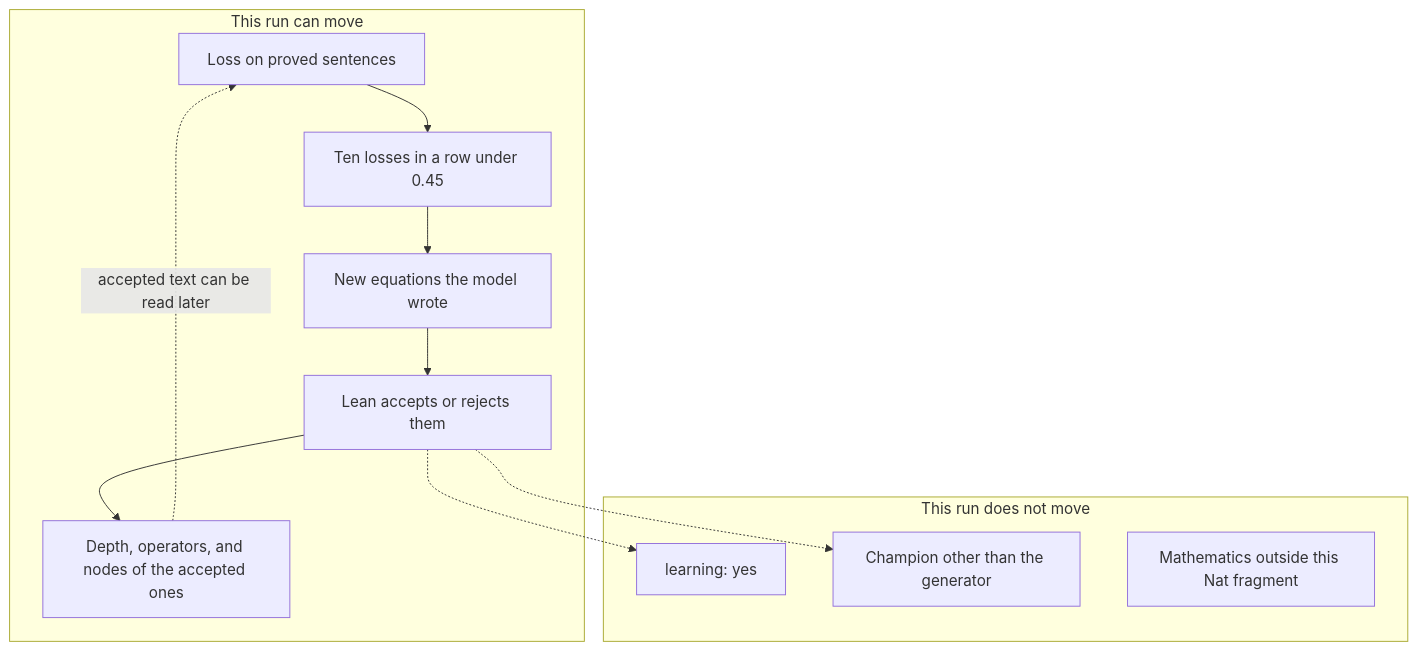
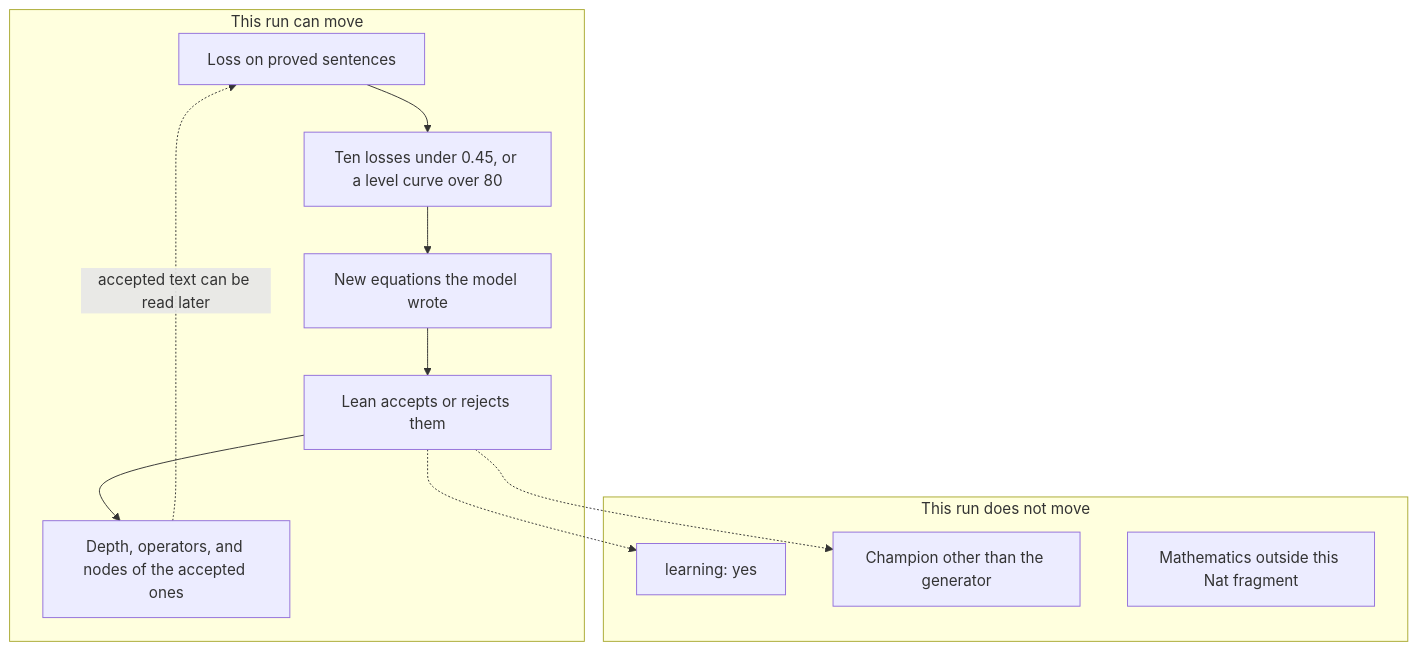
The first of 2 diagrams in docs/what-the-run-can-show.md (p-zielinski/theorem-gen), drawn with Mermaid before and after one commit. The commit also changed other lines of this file and 22 other files, not shown here.

````diff
--- a/docs/what-the-run-can-show.md
+++ b/docs/what-the-run-can-show.md
@@ -20,22 +21,22 @@
 ```mermaid
 flowchart TD
   subgraph inside [This run can move]
     loss[Loss on proved sentences]
-    gate[Ten losses in a row under 0.45]
+    gate[Ten losses under 0.45, or a level curve over 80]
     own[New equations the model wrote]
     lean[Lean accepts or rejects them]
     shape[Depth, operators, and nodes of the accepted ones]
   end
   subgraph outside [This run does not move]
     flag["learning: yes"]
     champ[Champion other than the generator]
     math[Mathematics outside this Nat fragment]
   end
   loss --> gate
   gate --> own
   own --> lean
   lean --> shape
   shape -.->|accepted text can be read later| loss
   lean -.-> flag
   lean -.-> champ
 ```
````
